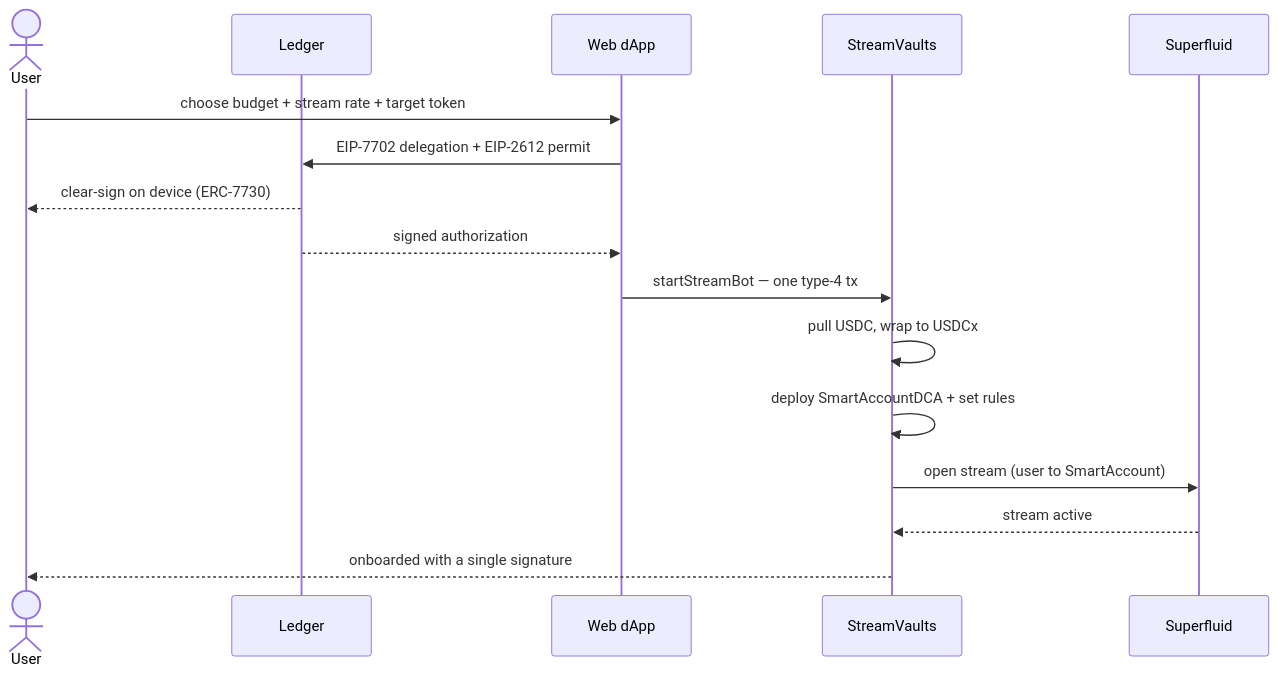
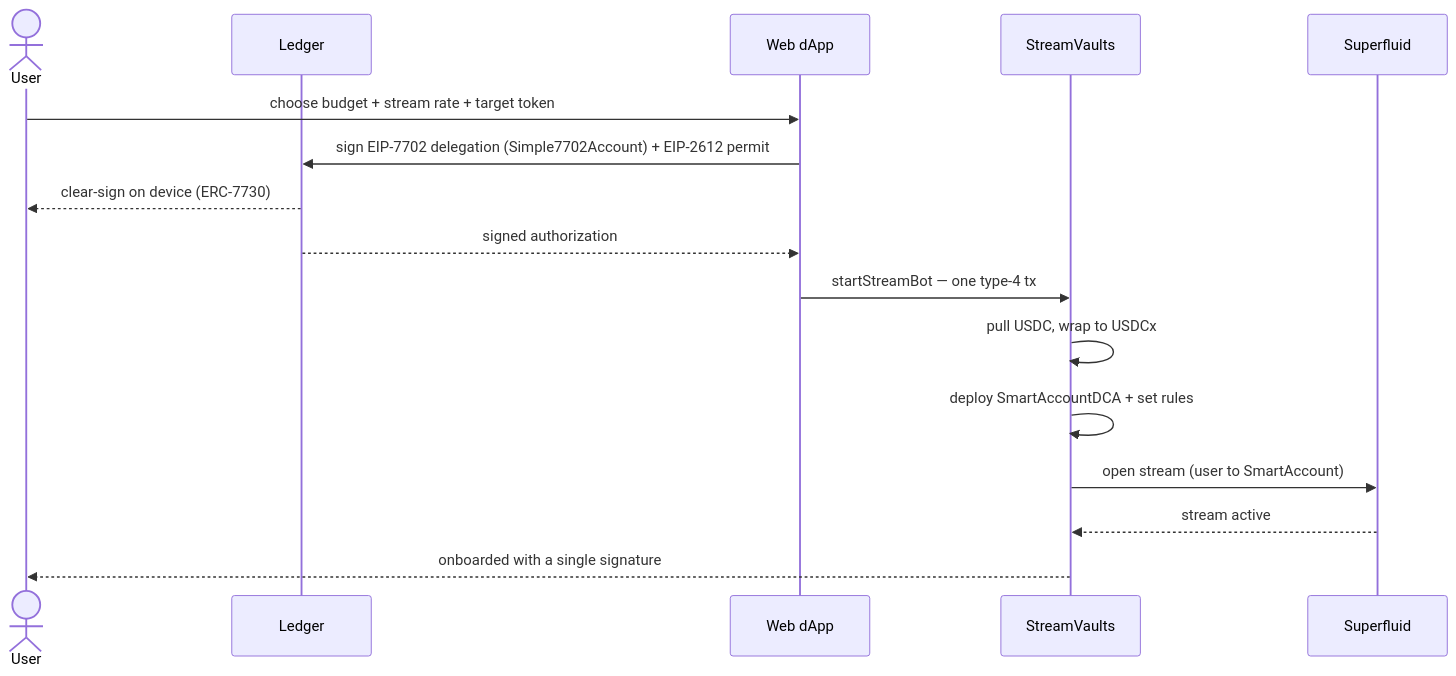
The second of 4 diagrams in README.md (JulioMCruz/Streams), drawn with Mermaid before and after one commit. The commit also changed other lines of this file, not shown here.

Commit message:
highlight eip-7702 in diagrams

````diff
--- a/README.md
+++ b/README.md
@@ -45,19 +45,19 @@
 ```mermaid
 sequenceDiagram
     actor U as User
     participant L as Ledger
     participant W as Web dApp
     participant SV as StreamVaults
     participant SF as Superfluid
 
     U->>W: choose budget + stream rate + target token
-    W->>L: EIP-7702 delegation + EIP-2612 permit
+    W->>L: sign EIP-7702 delegation (Simple7702Account) + EIP-2612 permit
     L-->>U: clear-sign on device (ERC-7730)
     L-->>W: signed authorization
     W->>SV: startStreamBot — one type-4 tx
     SV->>SV: pull USDC, wrap to USDCx
     SV->>SV: deploy SmartAccountDCA + set rules
     SV->>SF: open stream (user to SmartAccount)
     SF-->>SV: stream active
     SV-->>U: onboarded with a single signature
 ```
````
